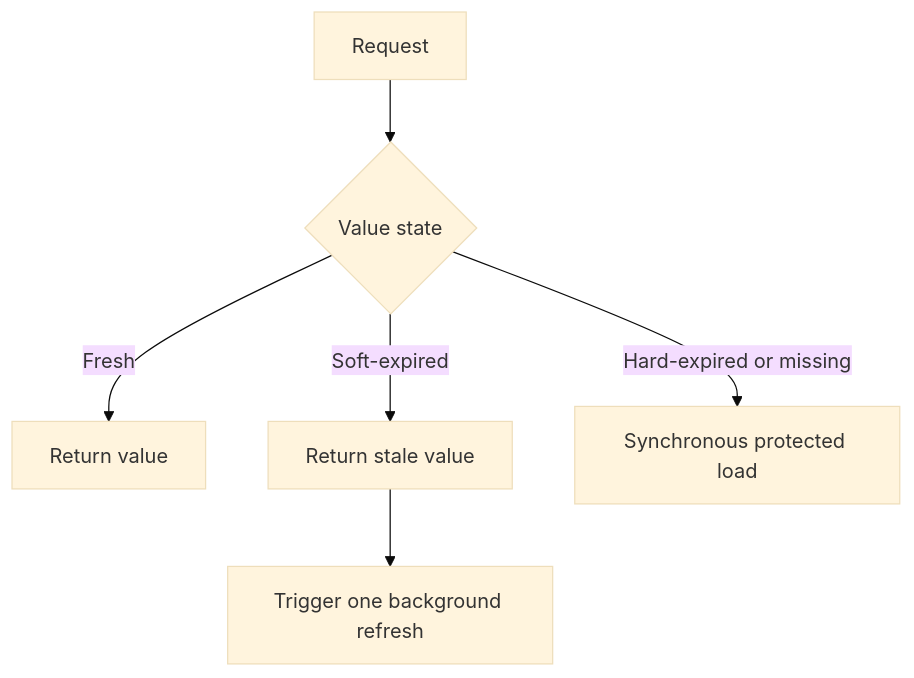
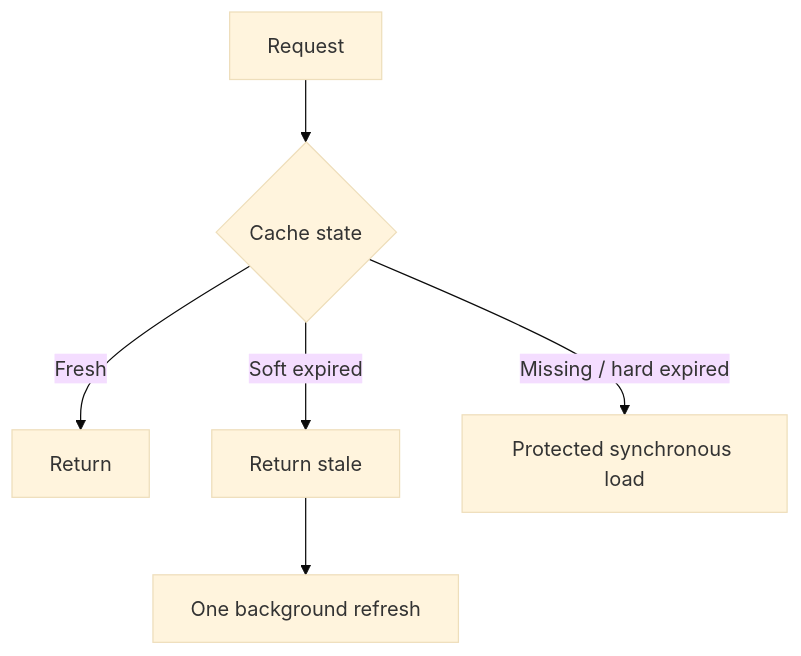
The tenth of 12 diagrams in src/content/system-design/caching-layers-stampede.md (AvadhBhalodiya/Interview-Preparation), drawn with Mermaid (base theme) before and after one commit. The commit also changed other lines of this file and 54 other files, not shown here.

````diff
--- a/src/content/system-design/caching-layers-stampede.md
+++ b/src/content/system-design/caching-layers-stampede.md
@@ -984,8 +743,8 @@
 ```mermaid
 flowchart TD
-    R[Request] --> S{Value state}
-    S -->|Fresh| F[Return value]
-    S -->|Soft-expired| ST[Return stale value]
-    ST --> BG[Trigger one background refresh]
-    S -->|Hard-expired or missing| SYNC[Synchronous protected load]
+    R[Request] --> S{Cache state}
+    S -->|Fresh| F[Return]
+    S -->|Soft expired| ST[Return stale]
+    ST --> BG[One background refresh]
+    S -->|Missing / hard expired| P[Protected synchronous load]
 ```
````
